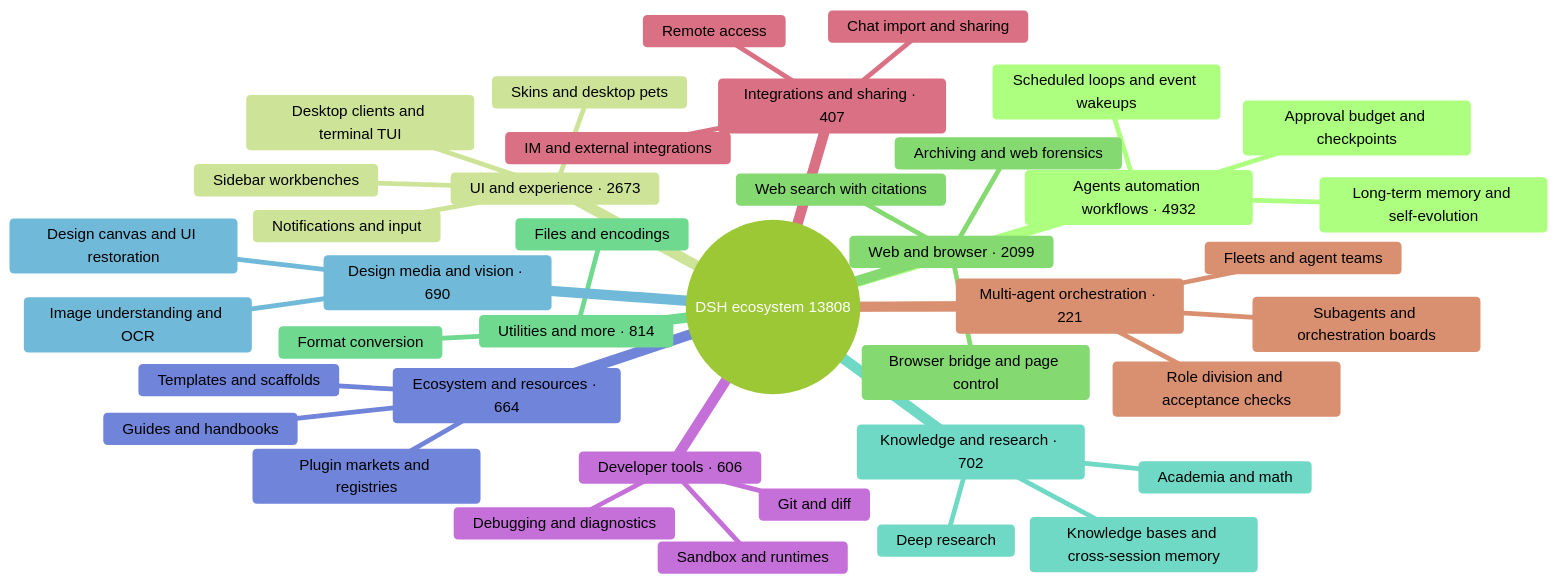
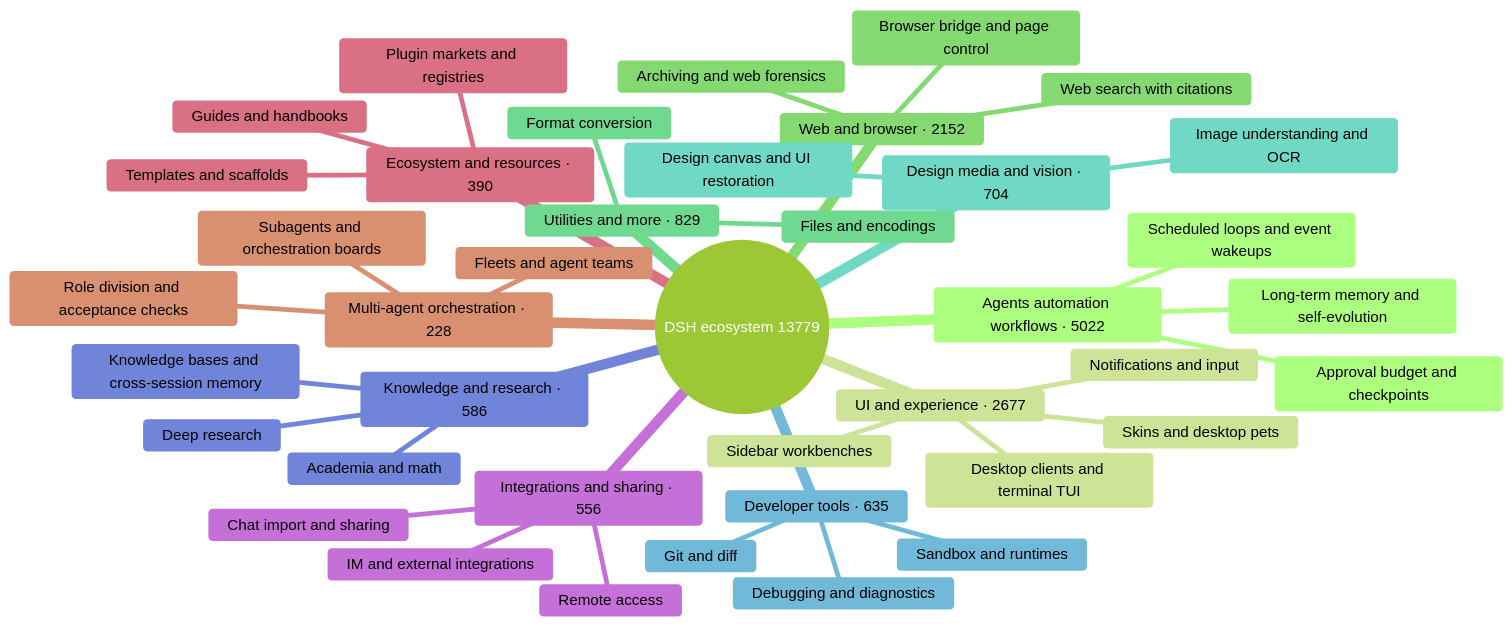
Before and after one commit to bruc3van/awesome-dsh-plugin: the diagram in README_EN.md, drawn with Mermaid (forest theme). The commit also changed other lines of this file and 43 other files, not shown here.

````diff
--- a/README_EN.md
+++ b/README_EN.md
@@ -16,43 +16,43 @@
 ```mermaid
 mindmap
-  root((DSH ecosystem 13808))
-    Agents automation workflows · 4932
+  root((DSH ecosystem 13779))
+    Agents automation workflows · 5022
       Scheduled loops and event wakeups
       Long-term memory and self-evolution
       Approval budget and checkpoints
-    UI and experience · 2673
+    UI and experience · 2677
       Desktop clients and terminal TUI
       Sidebar workbenches
       Skins and desktop pets
       Notifications and input
-    Web and browser · 2099
+    Web and browser · 2152
       Browser bridge and page control
       Web search with citations
       Archiving and web forensics
-    Utilities and more · 814
+    Utilities and more · 829
       Files and encodings
       Format conversion
-    Knowledge and research · 702
+    Design media and vision · 704
+      Image understanding and OCR
+      Design canvas and UI restoration
+    Developer tools · 635
+      Git and diff
+      Sandbox and runtimes
+      Debugging and diagnostics
+    Knowledge and research · 586
       Knowledge bases and cross-session memory
       Deep research
       Academia and math
-    Design media and vision · 690
-      Image understanding and OCR
-      Design canvas and UI restoration
-    Ecosystem and resources · 664
+    Integrations and sharing · 556
+      Chat import and sharing
+      Remote access
+      IM and external integrations
+    Ecosystem and resources · 390
       Plugin markets and registries
       Templates and scaffolds
       Guides and handbooks
-    Developer tools · 606
-      Git and diff
-      Sandbox and runtimes
-      Debugging and diagnostics
-    Integrations and sharing · 407
-      Chat import and sharing
-      Remote access
-      IM and external integrations
-    Multi-agent orchestration · 221
+    Multi-agent orchestration · 228
       Subagents and orchestration boards
       Fleets and agent teams
       Role division and acceptance checks
 ```
````
